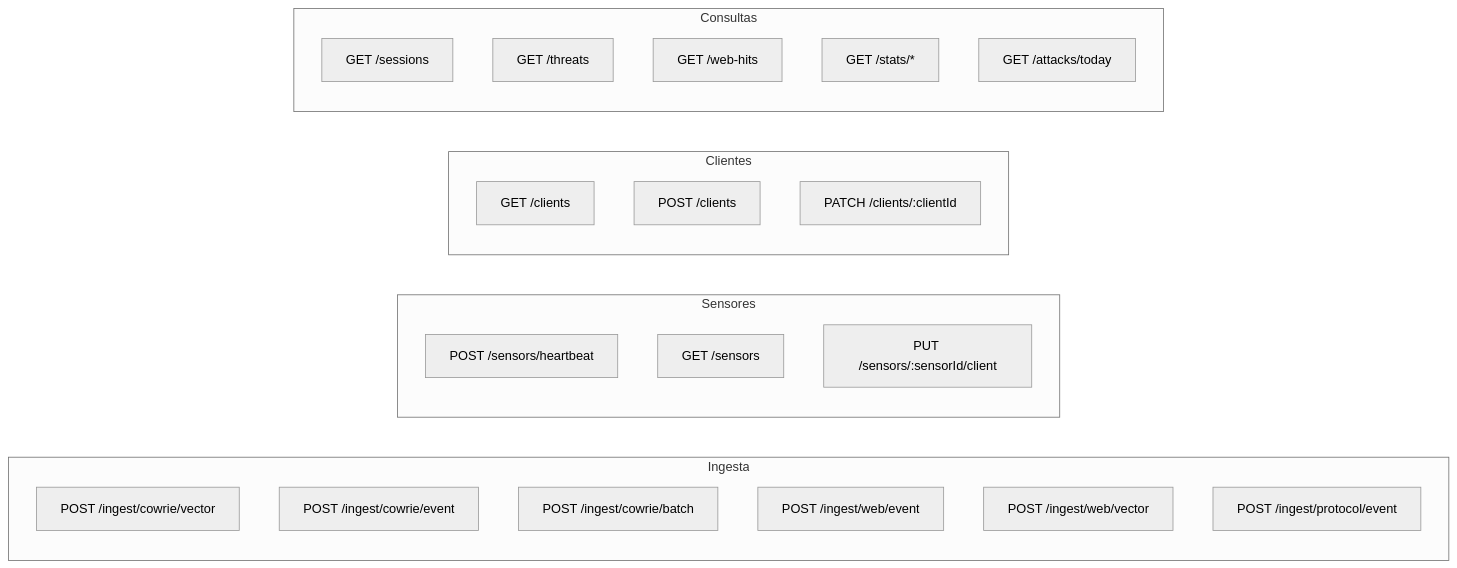
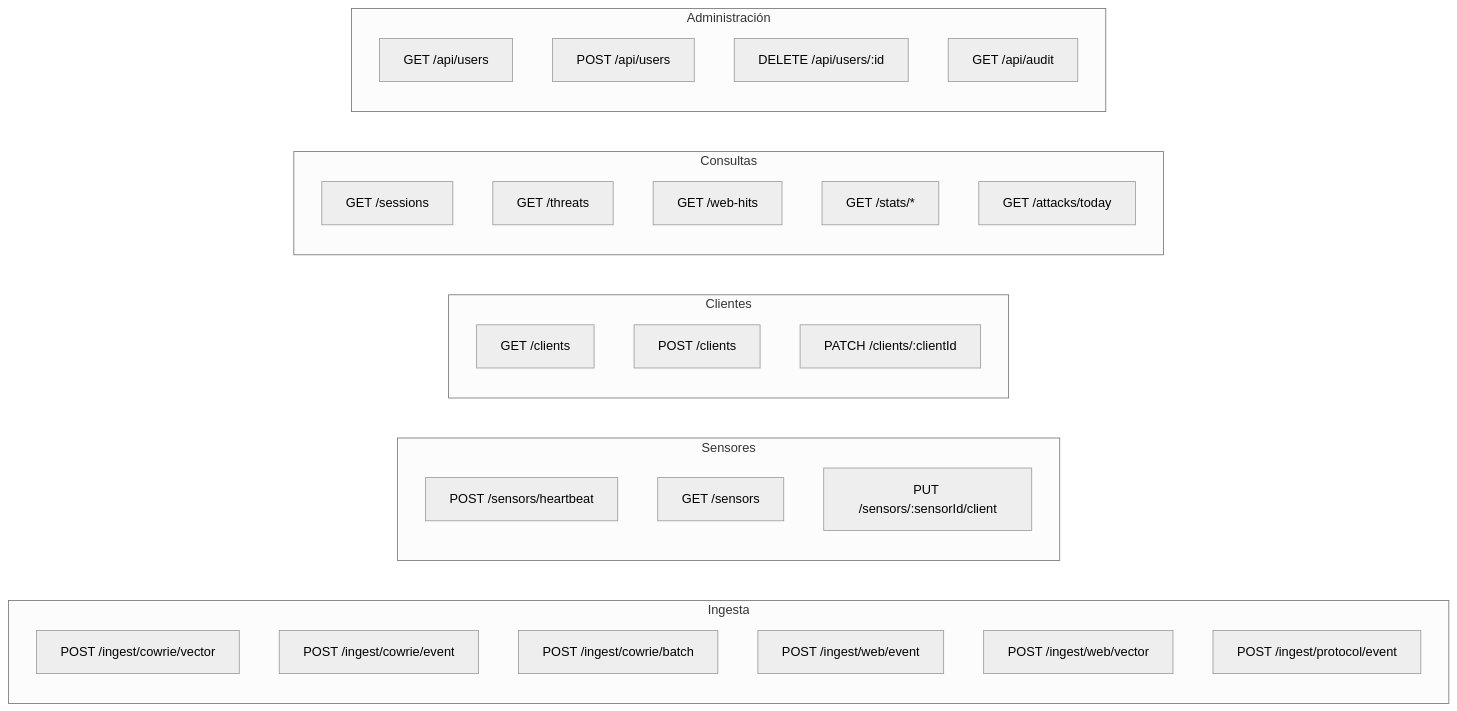
Before and after one commit to elrichi31/honeypot-ai: the diagram in apps/docs/src/content/docs/api-reference.md, drawn with Mermaid (neutral theme). The commit also changed other lines of this file and 17 other files, not shown here.

First line of the commit message:
feat(audit): add audit log functionality with UI and API integration

````diff
--- a/apps/docs/src/content/docs/api-reference.md
+++ b/apps/docs/src/content/docs/api-reference.md
@@ -18,28 +18,34 @@
 ```mermaid
 graph LR
     subgraph Ingesta
         I1[POST /ingest/cowrie/vector]
         I2[POST /ingest/cowrie/event]
         I3[POST /ingest/cowrie/batch]
         I4[POST /ingest/web/event]
         I5[POST /ingest/web/vector]
         I6[POST /ingest/protocol/event]
     end
     subgraph Sensores
         S1[POST /sensors/heartbeat]
         S2[GET /sensors]
         S3[PUT /sensors/:sensorId/client]
     end
     subgraph Clientes
         C1[GET /clients]
         C2[POST /clients]
         C3[PATCH /clients/:clientId]
     end
     subgraph Consultas
         Q1[GET /sessions]
         Q2[GET /threats]
         Q3[GET /web-hits]
         Q4[GET /stats/*]
         Q5[GET /attacks/today]
     end
+    subgraph Administración
+        A1[GET /api/users]
+        A2[POST /api/users]
+        A3[DELETE /api/users/:id]
+        A4[GET /api/audit]
+    end
 ```
````
